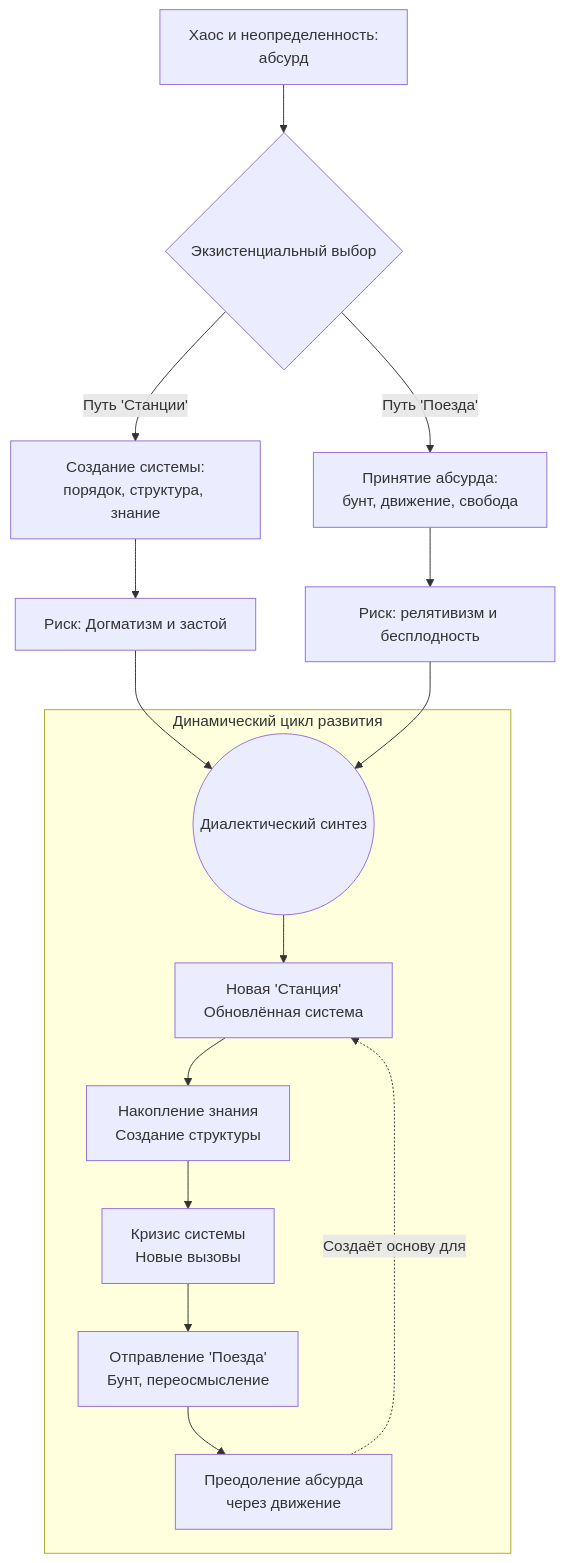
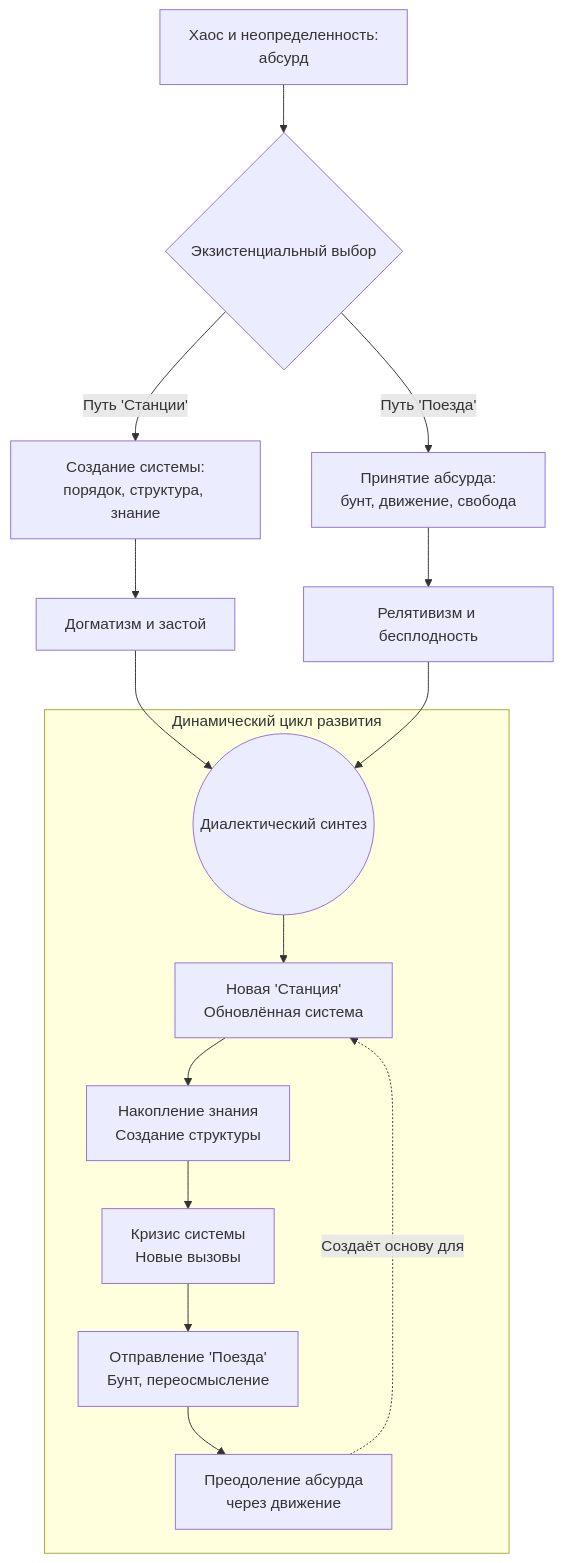
One commit to SergSi/land-use-art changed the diagram in _posts/2025-10-11-train.md. Above: the diagram before and after it, drawn with Mermaid. The commit also changed other lines of this file, not shown here.

```diff
--- a/_posts/2025-10-11-train.md
+++ b/_posts/2025-10-11-train.md
@@ -63,22 +64,22 @@
-<div class="mermaid">
-flowchart TD
+  <div class="mermaid">
+    flowchart TD
     A[Хаос и неопределенность:<br>абсурд] --> B{Экзистенциальный выбор}
     
     B -- Путь 'Станции' --> C[Создание системы:<br>порядок, структура, знание]
-    C --> E[Риск: Догматизм и застой]
+    C --> E[Догматизм и застой]
     E --> F((Диалектический синтез))
     
     B -- Путь 'Поезда' --> D[Принятие абсурда:<br>бунт, движение, свобода]
-    D --> G[Риск: релятивизм и бесплодность]
+    D --> G[Релятивизм и бесплодность]
     G --> F
     
     subgraph H [Динамический цикл развития]
         F --> I[Новая 'Станция'<br>Обновлённая система]
         I --> J[Накопление знания<br>Создание структуры]
         J --> K[Кризис системы<br>Новые вызовы]
         K --> L[Отправление 'Поезда'<br>Бунт, переосмысление]
         L --> M[Преодоление абсурда<br>через движение]
     end
 
     M -.->|Создаёт основу для| I
-</div>
+  </div>
```
